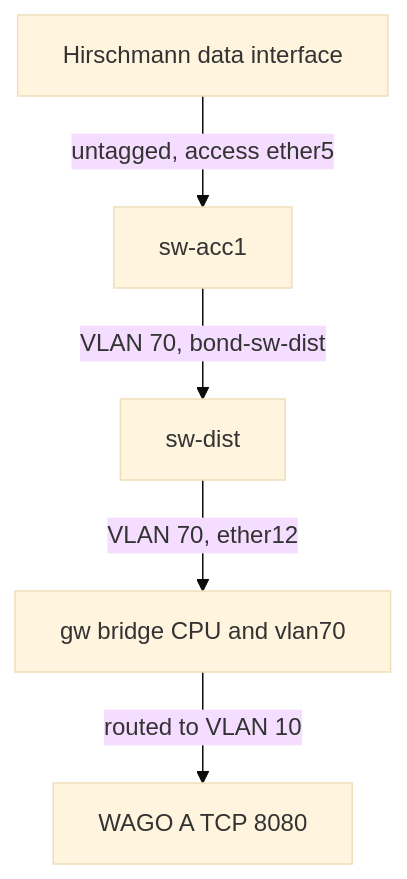
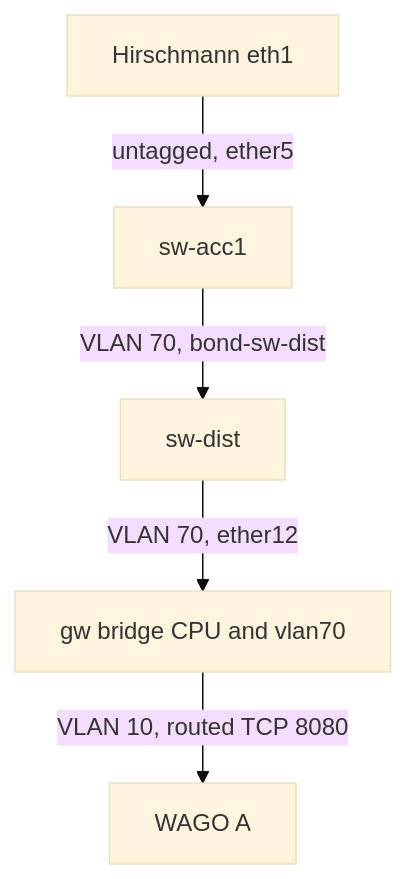
One commit to narrowin/ot-labs-docs changed the diagram in validation/2026-10-18-vlan-build-plan.md. Above: the diagram before and after it, drawn with Mermaid (base theme). The commit also changed other lines of this file and 2 other files, not shown here.

First line of the commit message:
docs(validation): record executed ARP and VLAN course qualification

````diff
--- a/validation/2026-10-18-vlan-build-plan.md
+++ b/validation/2026-10-18-vlan-build-plan.md
@@ -18,7 +18,7 @@
 ```mermaid
 flowchart TD
-  H[Hirschmann data interface] -->|untagged, access ether5| A[sw-acc1]
+  H[Hirschmann eth1] -->|untagged, ether5| A[sw-acc1]
   A -->|VLAN 70, bond-sw-dist| D[sw-dist]
   D -->|VLAN 70, ether12| G[gw bridge CPU and vlan70]
-  G -->|routed to VLAN 10| W[WAGO A TCP 8080]
+  G -->|VLAN 10, routed TCP 8080| W[WAGO A]
 ```
````
